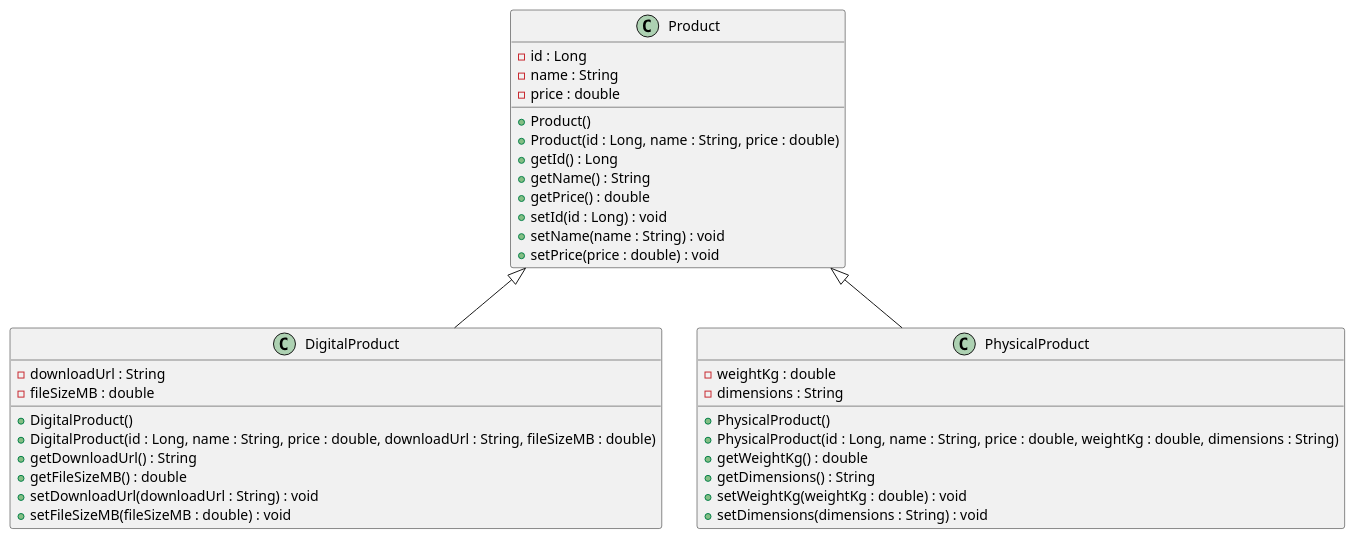
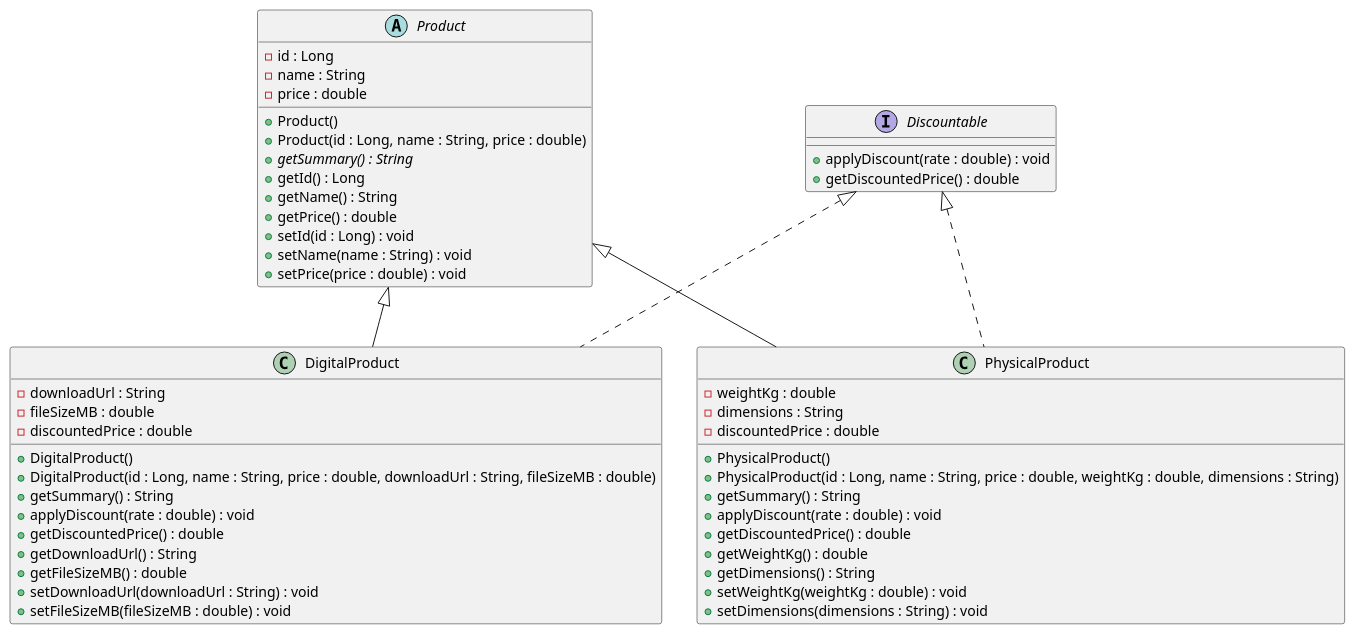
One commit to kunwarsampanna3/products-api changed the diagram in docs/uml/product-hierarchy.puml. Above: the diagram before and after it, drawn with PlantUML. The commit also changed 6 other files, not shown here.

Commit message:
Tutorial 5: polymorphism - getSummary override and Discountable interface

```diff
--- a/docs/uml/product-hierarchy.puml
+++ b/docs/uml/product-hierarchy.puml
@@ -1,42 +1,59 @@
 @startuml
 
-class Product {
+abstract class Product {
   - id : Long
   - name : String
   - price : double
   + Product()
   + Product(id : Long, name : String, price : double)
+  + {abstract} getSummary() : String
   + getId() : Long
   + getName() : String
   + getPrice() : double
   + setId(id : Long) : void
   + setName(name : String) : void
   + setPrice(price : double) : void
 }
 
+interface Discountable {
+  + applyDiscount(rate : double) : void
+  + getDiscountedPrice() : double
+}
+
 class DigitalProduct {
   - downloadUrl : String
   - fileSizeMB : double
+  - discountedPrice : double
   + DigitalProduct()
   + DigitalProduct(id : Long, name : String, price : double, downloadUrl : String, fileSizeMB : double)
+  + getSummary() : String
+  + applyDiscount(rate : double) : void
+  + getDiscountedPrice() : double
   + getDownloadUrl() : String
   + getFileSizeMB() : double
   + setDownloadUrl(downloadUrl : String) : void
   + setFileSizeMB(fileSizeMB : double) : void
 }
 
 class PhysicalProduct {
   - weightKg : double
   - dimensions : String
+  - discountedPrice : double
   + PhysicalProduct()
   + PhysicalProduct(id : Long, name : String, price : double, weightKg : double, dimensions : String)
+  + getSummary() : String
+  + applyDiscount(rate : double) : void
+  + getDiscountedPrice() : double
   + getWeightKg() : double
   + getDimensions() : String
   + setWeightKg(weightKg : double) : void
   + setDimensions(dimensions : String) : void
 }
 
 Product <|-- DigitalProduct
 Product <|-- PhysicalProduct
 
+Discountable <|.. DigitalProduct
+Discountable <|.. PhysicalProduct
+
 @enduml
```
